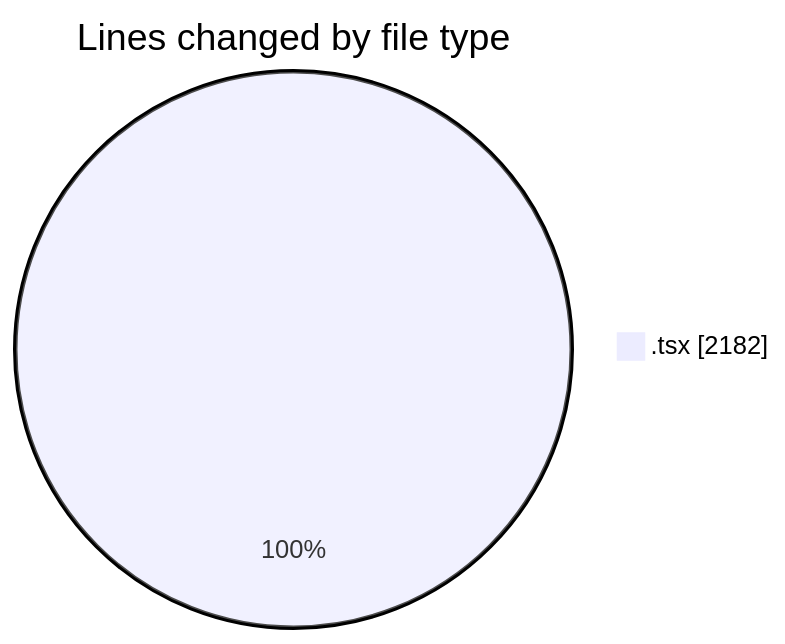
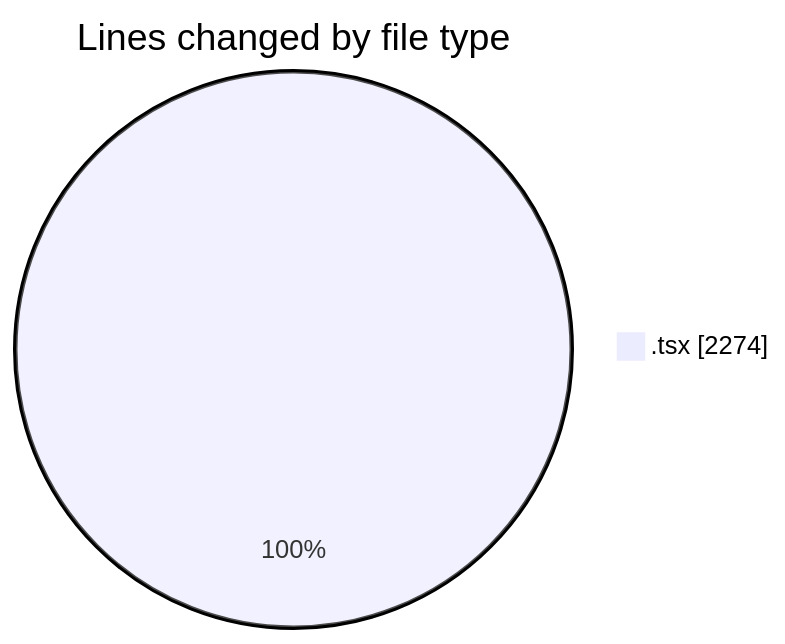
Before and after one commit to momahboobian/code-tracking: the first of 2 diagrams in 2025-11-21/cda/README.md, drawn with Mermaid. The commit also changed other lines of this file and 1 other file, not shown here.

````diff
--- a/2025-11-21/cda/README.md
+++ b/2025-11-21/cda/README.md
@@ -21,5 +21,5 @@
 ```mermaid
 pie showData
 title Lines changed by file type
-".tsx" : 2182
+".tsx" : 2274
 ```
````
